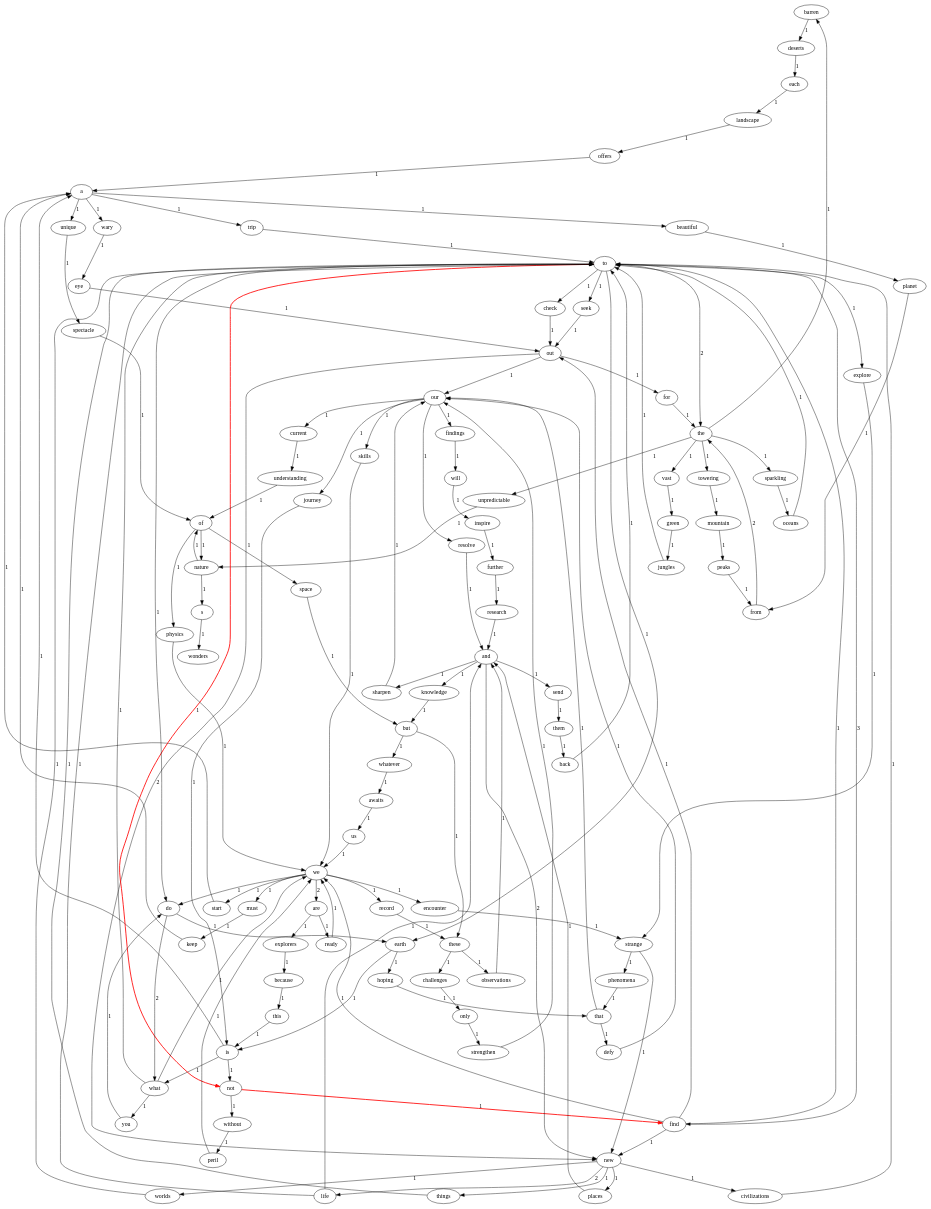
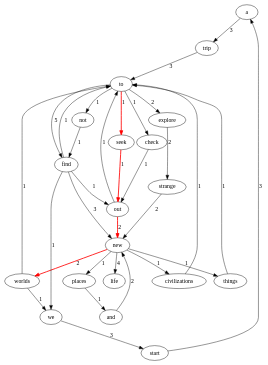
One commit to Frihetyz/Lab1-2021110497 changed the diagram in graph_with_shortest_path.dot. Above: the diagram before and after it, drawn with Graphviz. The commit also changed 8 other files, not shown here.

```diff
--- a/graph_with_shortest_path.dot
+++ b/graph_with_shortest_path.dot
@@ -1,145 +1,33 @@
 digraph G {
-	"barren" -> "deserts" [label="1"];
-	"a" -> "trip" [label="1"];
-	"a" -> "wary" [label="1"];
-	"a" -> "beautiful" [label="1"];
-	"a" -> "unique" [label="1"];
-	"offers" -> "a" [label="1"];
-	"nature" -> "of" [label="1"];
-	"nature" -> "s" [label="1"];
+	"a" -> "trip" [label="3"];
+	"seek" -> "out" [label="1", color="red", penwidth=2];
+	"worlds" -> "to" [label="1"];
+	"worlds" -> "we" [label="1"];
 	"check" -> "out" [label="1"];
-	"wary" -> "eye" [label="1"];
-	"planet" -> "from" [label="1"];
-	"encounter" -> "strange" [label="1"];
-	"this" -> "is" [label="1"];
-	"start" -> "a" [label="1"];
-	"them" -> "back" [label="1"];
-	"each" -> "landscape" [label="1"];
-	"the" -> "unpredictable" [label="1"];
-	"the" -> "vast" [label="1"];
-	"the" -> "towering" [label="1"];
-	"the" -> "sparkling" [label="1"];
-	"the" -> "barren" [label="1"];
-	"s" -> "wonders" [label="1"];
-	"send" -> "them" [label="1"];
-	"unique" -> "spectacle" [label="1"];
-	"keep" -> "a" [label="1"];
-	"to" -> "explore" [label="1"];
-	"to" -> "seek" [label="1"];
-	"to" -> "find" [label="3"];
-	"to" -> "not" [label="1", color="red", penwidth=2];
+	"explore" -> "strange" [label="2"];
+	"strange" -> "new" [label="2"];
+	"start" -> "a" [label="3"];
+	"out" -> "new" [label="2", color="red", penwidth=2];
+	"out" -> "to" [label="1"];
+	"we" -> "start" [label="3"];
+	"trip" -> "to" [label="3"];
+	"not" -> "find" [label="1"];
+	"places" -> "and" [label="1"];
+	"find" -> "out" [label="1"];
+	"find" -> "we" [label="1"];
+	"find" -> "new" [label="3"];
+	"find" -> "to" [label="1"];
+	"and" -> "new" [label="2"];
+	"things" -> "to" [label="1"];
+	"to" -> "explore" [label="2"];
+	"to" -> "seek" [label="1", color="red", penwidth=2];
+	"to" -> "find" [label="5"];
+	"to" -> "not" [label="1"];
 	"to" -> "check" [label="1"];
-	"to" -> "earth" [label="1"];
-	"to" -> "do" [label="1"];
-	"to" -> "the" [label="2"];
-	"must" -> "keep" [label="1"];
-	"further" -> "research" [label="1"];
-	"phenomena" -> "that" [label="1"];
-	"defy" -> "our" [label="1"];
-	"landscape" -> "offers" [label="1"];
-	"but" -> "these" [label="1"];
-	"but" -> "whatever" [label="1"];
-	"without" -> "peril" [label="1"];
-	"seek" -> "out" [label="1"];
-	"worlds" -> "to" [label="1"];
-	"findings" -> "will" [label="1"];
-	"back" -> "to" [label="1"];
-	"life" -> "and" [label="1"];
-	"life" -> "to" [label="1"];
-	"do" -> "what" [label="2"];
-	"do" -> "earth" [label="1"];
-	"space" -> "but" [label="1"];
-	"research" -> "and" [label="1"];
-	"beautiful" -> "planet" [label="1"];
-	"these" -> "challenges" [label="1"];
-	"these" -> "observations" [label="1"];
-	"mountain" -> "peaks" [label="1"];
-	"current" -> "understanding" [label="1"];
-	"skills" -> "we" [label="1"];
-	"record" -> "these" [label="1"];
-	"ready" -> "we" [label="1"];
-	"because" -> "this" [label="1"];
-	"things" -> "to" [label="1"];
-	"challenges" -> "only" [label="1"];
-	"journey" -> "is" [label="1"];
-	"awaits" -> "us" [label="1"];
-	"us" -> "we" [label="1"];
-	"new" -> "worlds" [label="1"];
-	"new" -> "life" [label="2"];
+	"new" -> "worlds" [label="2", color="red", penwidth=2];
+	"new" -> "life" [label="4"];
 	"new" -> "civilizations" [label="1"];
 	"new" -> "places" [label="1"];
 	"new" -> "things" [label="1"];
-	"you" -> "do" [label="1"];
 	"civilizations" -> "to" [label="1"];
-	"green" -> "jungles" [label="1"];
-	"sharpen" -> "our" [label="1"];
-	"unpredictable" -> "nature" [label="1"];
-	"spectacle" -> "of" [label="1"];
-	"explore" -> "strange" [label="1"];
-	"will" -> "inspire" [label="1"];
-	"peril" -> "we" [label="1"];
-	"is" -> "not" [label="1"];
-	"is" -> "what" [label="1"];
-	"is" -> "a" [label="1"];
-	"strange" -> "new" [label="1"];
-	"strange" -> "phenomena" [label="1"];
-	"peaks" -> "from" [label="1"];
-	"whatever" -> "awaits" [label="1"];
-	"jungles" -> "to" [label="1"];
-	"explorers" -> "because" [label="1"];
-	"hoping" -> "that" [label="1"];
-	"deserts" -> "each" [label="1"];
-	"eye" -> "out" [label="1"];
-	"what" -> "we" [label="1"];
-	"what" -> "you" [label="1"];
-	"what" -> "to" [label="1"];
-	"earth" -> "hoping" [label="1"];
-	"earth" -> "is" [label="1"];
-	"inspire" -> "further" [label="1"];
-	"places" -> "and" [label="1"];
-	"oceans" -> "to" [label="1"];
-	"vast" -> "green" [label="1"];
-	"resolve" -> "and" [label="1"];
-	"towering" -> "mountain" [label="1"];
-	"for" -> "the" [label="1"];
-	"our" -> "journey" [label="1"];
-	"our" -> "resolve" [label="1"];
-	"our" -> "skills" [label="1"];
-	"our" -> "current" [label="1"];
-	"our" -> "findings" [label="1"];
-	"out" -> "new" [label="2"];
-	"out" -> "our" [label="1"];
-	"out" -> "for" [label="1"];
-	"we" -> "start" [label="1"];
-	"we" -> "must" [label="1"];
-	"we" -> "encounter" [label="1"];
-	"we" -> "record" [label="1"];
-	"we" -> "are" [label="2"];
-	"we" -> "do" [label="1"];
-	"sparkling" -> "oceans" [label="1"];
-	"that" -> "defy" [label="1"];
-	"that" -> "our" [label="1"];
-	"are" -> "ready" [label="1"];
-	"are" -> "explorers" [label="1"];
-	"trip" -> "to" [label="1"];
-	"not" -> "find" [label="1", color="red", penwidth=2];
-	"not" -> "without" [label="1"];
-	"observations" -> "and" [label="1"];
-	"physics" -> "we" [label="1"];
-	"of" -> "space" [label="1"];
-	"of" -> "physics" [label="1"];
-	"of" -> "nature" [label="1"];
-	"find" -> "out" [label="1"];
-	"find" -> "we" [label="1"];
-	"find" -> "new" [label="1"];
-	"find" -> "to" [label="1"];
-	"and" -> "new" [label="2"];
-	"and" -> "sharpen" [label="1"];
-	"and" -> "send" [label="1"];
-	"and" -> "knowledge" [label="1"];
-	"from" -> "the" [label="2"];
-	"strengthen" -> "our" [label="1"];
-	"knowledge" -> "but" [label="1"];
-	"understanding" -> "of" [label="1"];
-	"only" -> "strengthen" [label="1"];
 }
```
